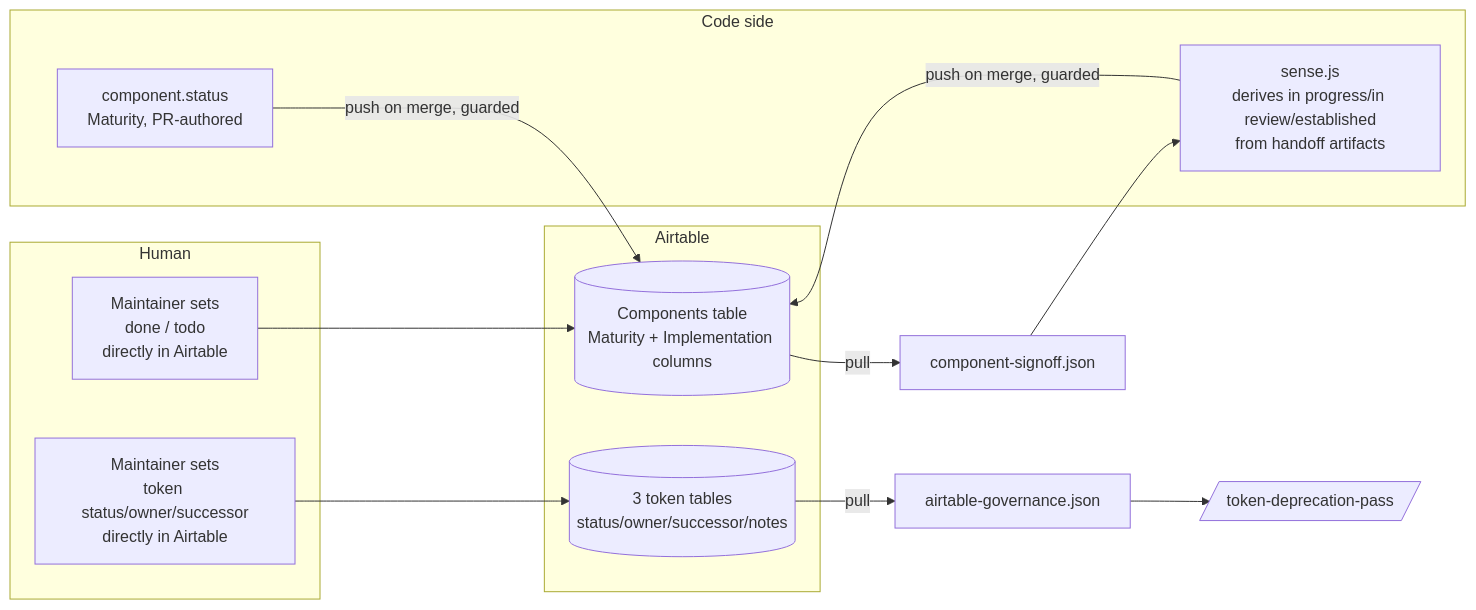
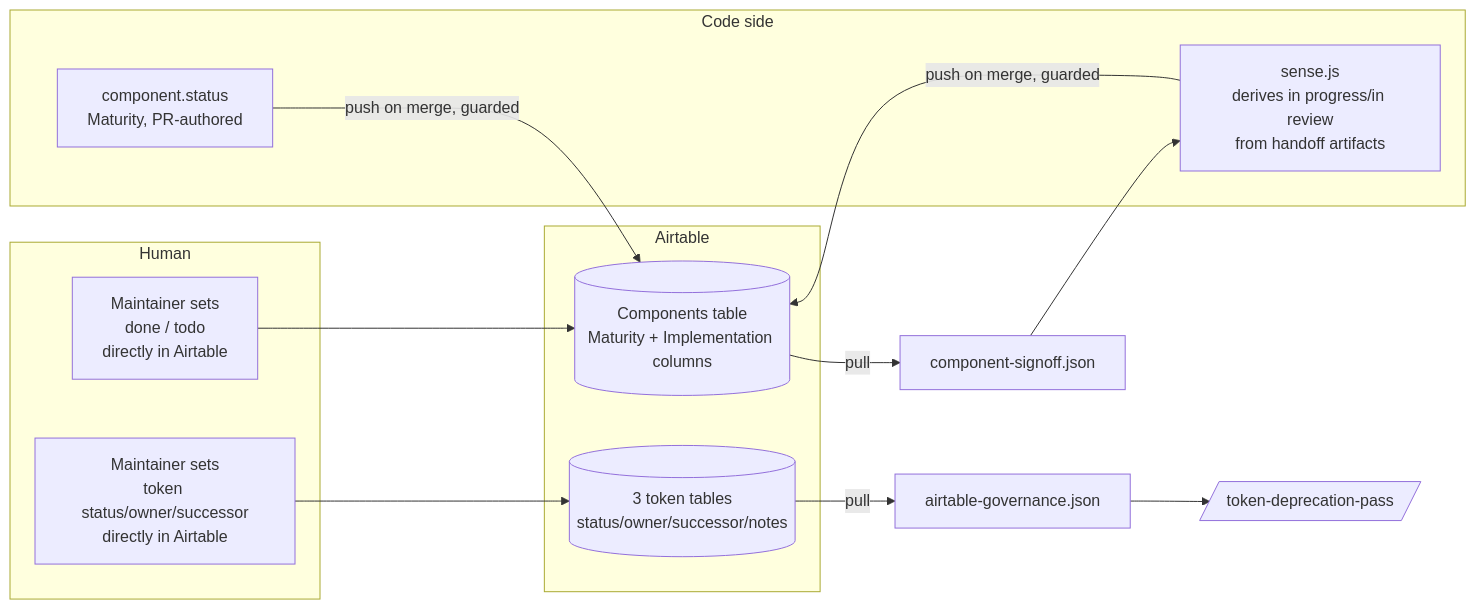
The diagram in docs/case-study-source/03-airtable-governance-flow.md (F4cu/upskill-design-system), drawn with Mermaid before and after one commit. The commit also changed other lines of this file and 17 other files, not shown here.

````diff
--- a/docs/case-study-source/03-airtable-governance-flow.md
+++ b/docs/case-study-source/03-airtable-governance-flow.md
@@ -49,24 +49,24 @@
 ```mermaid
 flowchart LR
     subgraph Code side
         M[component.status<br/>Maturity, PR-authored]
-        S[sense.js<br/>derives in progress/in review/established<br/>from handoff artifacts]
+        S[sense.js<br/>derives in progress/in review<br/>from handoff artifacts]
     end
     subgraph Airtable
         AT[(Components table<br/>Maturity + Implementation columns)]
         TT[(3 token tables<br/>status/owner/successor/notes)]
     end
     subgraph Human
         H[Maintainer sets<br/>done / todo<br/>directly in Airtable]
         D[Maintainer sets<br/>token status/owner/successor<br/>directly in Airtable]
     end
 
     M -->|push on merge, guarded| AT
     S -->|push on merge, guarded| AT
     H --> AT
     D --> TT
     AT -->|pull| SIGN[component-signoff.json]
     TT -->|pull| GOV[airtable-governance.json]
     SIGN --> S
     GOV --> DEP[/token-deprecation-pass/]
 ```
````
